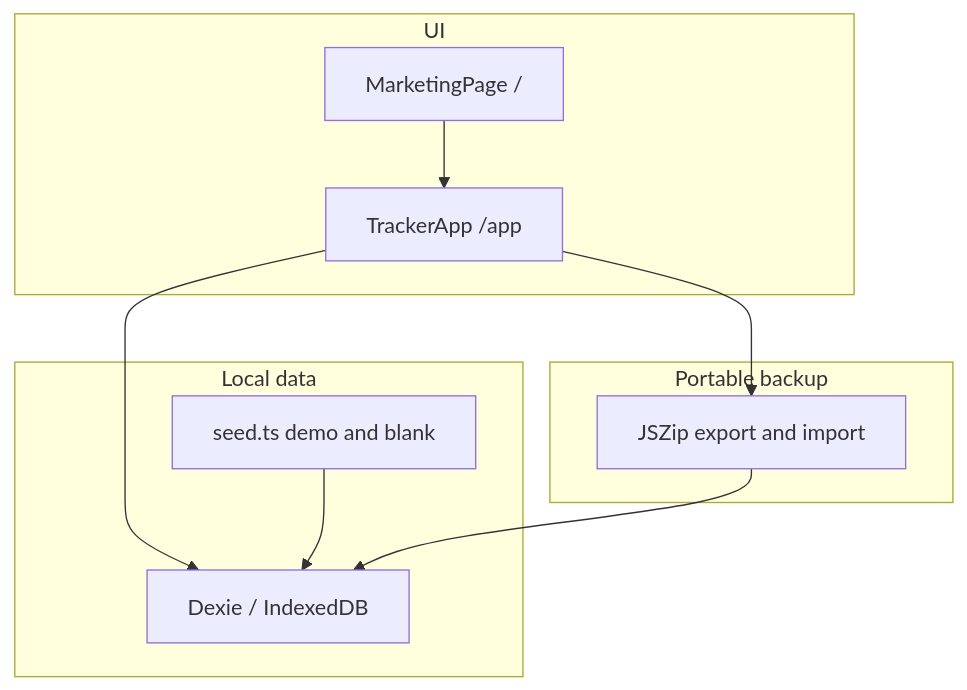
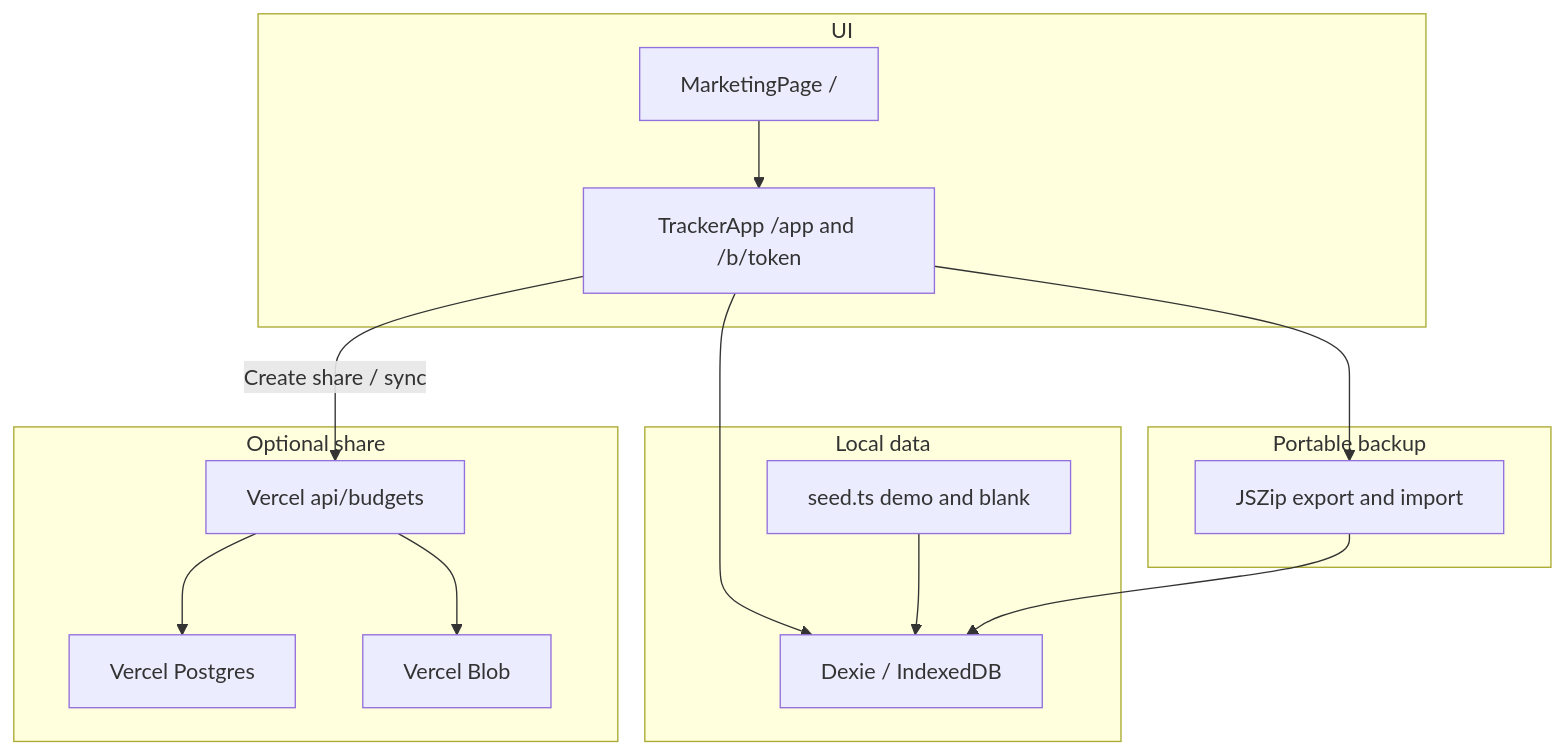
One commit to smeltery/trousseau changed the diagram in docs/architecture.md. Above: the diagram before and after it, drawn with Mermaid. The commit also changed other lines of this file and 39 other files, not shown here.

First line of the commit message:
feat: add secret share-link cloud sync

````diff
--- a/docs/architecture.md
+++ b/docs/architecture.md
@@ -5,19 +5,27 @@
 ```mermaid
 flowchart TB
   subgraph ui [UI]
     marketing["MarketingPage /"]
-    tracker["TrackerApp /app"]
+    tracker["TrackerApp /app and /b/token"]
   end
   subgraph data [Local data]
     dexie["Dexie / IndexedDB"]
     seed["seed.ts demo and blank"]
   end
   subgraph io [Portable backup]
     zip["JSZip export and import"]
   end
+  subgraph cloud [Optional share]
+    api["Vercel api/budgets"]
+    pg["Vercel Postgres"]
+    blob["Vercel Blob"]
+  end
   marketing --> tracker
   tracker --> dexie
   seed --> dexie
   tracker --> zip
   zip --> dexie
+  tracker -->|"Create share / sync"| api
+  api --> pg
+  api --> blob
 ```
````
